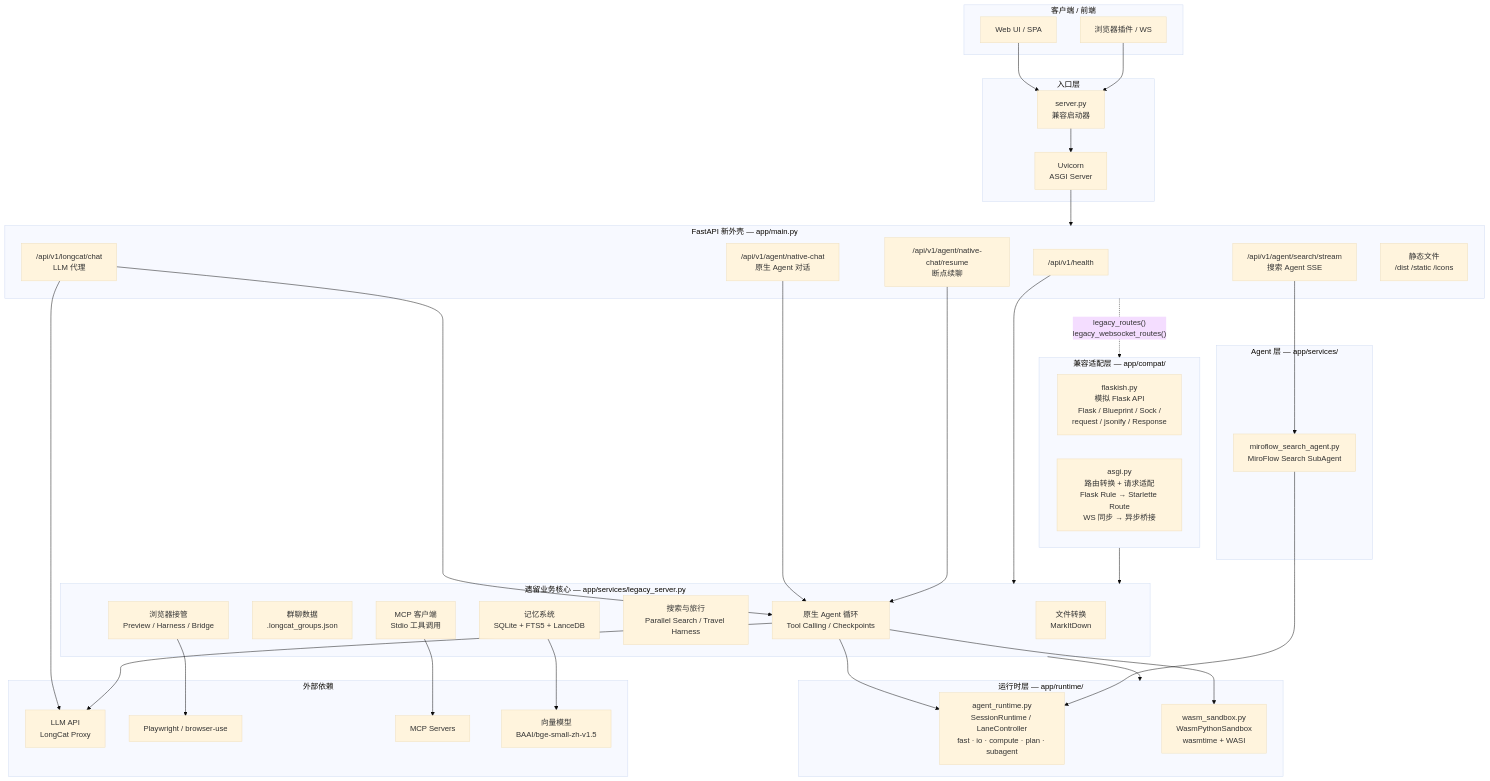
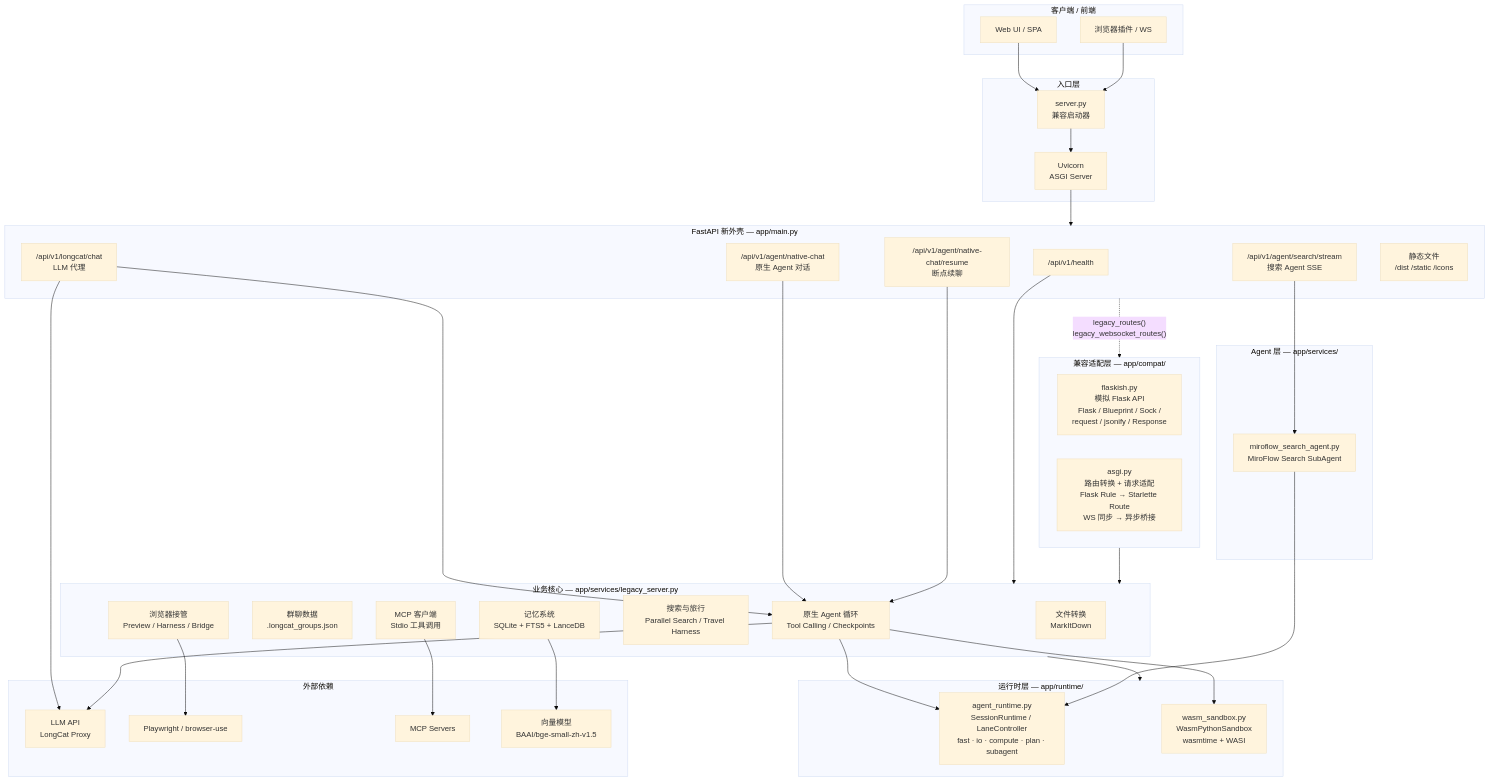
The diagram in README.md (Timothy-kira/blanket-life-in-one-agent), drawn with Mermaid (base theme) before and after one commit. The commit also changed other lines of this file, not shown here.

Commit message:
Update README: remove legacy label and agent row

````diff
--- a/README.md
+++ b/README.md
@@ -5,77 +5,77 @@
 ```mermaid
 flowchart TB
     subgraph Client["客户端 / 前端"]
         C1["Web UI / SPA"]
         C2["浏览器插件 / WS"]
     end
 
     subgraph Entry["入口层"]
         S["server.py\n兼容启动器"]
         U["Uvicorn\nASGI Server"]
     end
 
     subgraph FastAPI["FastAPI 新外壳 — app/main.py"]
         F1["/api/v1/health"]
         F2["/api/v1/longcat/chat\nLLM 代理"]
         F3["/api/v1/agent/search/stream\n搜索 Agent SSE"]
         F4["/api/v1/agent/native-chat\n原生 Agent 对话"]
         F5["/api/v1/agent/native-chat/resume\n断点续聊"]
         FS["静态文件\n/dist /static /icons"]
     end
 
     subgraph Compat["兼容适配层 — app/compat/"]
         CF["flaskish.py\n模拟 Flask API\nFlask / Blueprint / Sock /\nrequest / jsonify / Response"]
         CA["asgi.py\n路由转换 + 请求适配\nFlask Rule → Starlette Route\nWS 同步 → 异步桥接"]
     end
 
-    subgraph Legacy["遗留业务核心 — app/services/legacy_server.py"]
+    subgraph Legacy["业务核心 — app/services/legacy_server.py"]
         L1["文件转换\nMarkItDown"]
         L2["群聊数据\n.longcat_groups.json"]
         L3["记忆系统\nSQLite + FTS5 + LanceDB"]
         L4["浏览器接管\nPreview / Harness / Bridge"]
         L5["搜索与旅行\nParallel Search / Travel Harness"]
         L6["MCP 客户端\nStdio 工具调用"]
         L7["原生 Agent 循环\nTool Calling / Checkpoints"]
     end
 
     subgraph Runtime["运行时层 — app/runtime/"]
         R1["agent_runtime.py\nSessionRuntime / LaneController\nfast · io · compute · plan · subagent"]
         R2["wasm_sandbox.py\nWasmPythonSandbox\nwasmtime + WASI"]
     end
 
     subgraph Agents["Agent 层 — app/services/"]
         A1["miroflow_search_agent.py\nMiroFlow Search SubAgent"]
     end
 
     subgraph External["外部依赖"]
         E1["LLM API\nLongCat Proxy"]
         E2["Playwright / browser-use"]
         E3["MCP Servers"]
         E4["向量模型\nBAAI/bge-small-zh-v1.5"]
     end
 
     C1 --> S
     C2 --> S
     S --> U
     U --> FastAPI
 
     F1 --> Legacy
     F2 --> L7
     F3 --> A1
     F4 --> L7
     F5 --> L7
 
     FastAPI -. "legacy_routes()\nlegacy_websocket_routes()" .-> Compat
     Compat --> Legacy
 
     Legacy --> Runtime
     L7 --> R1
     L7 --> R2
     A1 --> R1
 
     L4 --> E2
     L6 --> E3
     L3 --> E4
     F2 --> E1
     L7 --> E1
 ```
````
